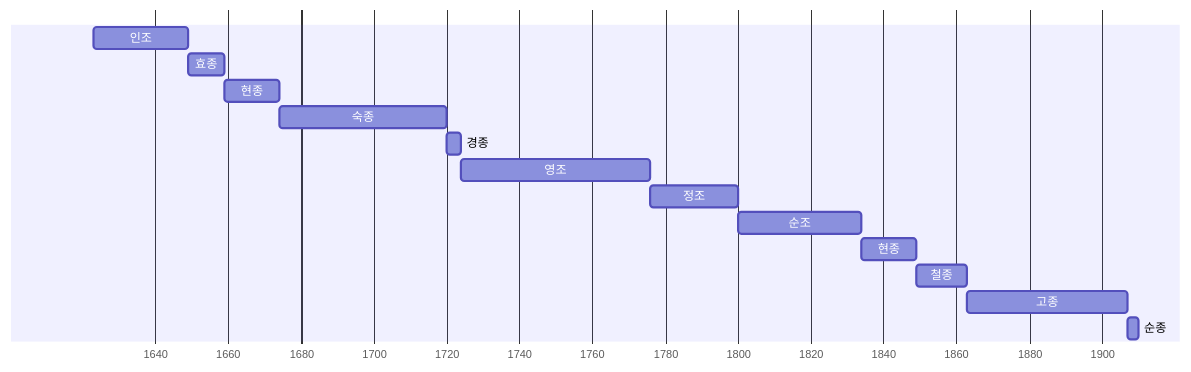
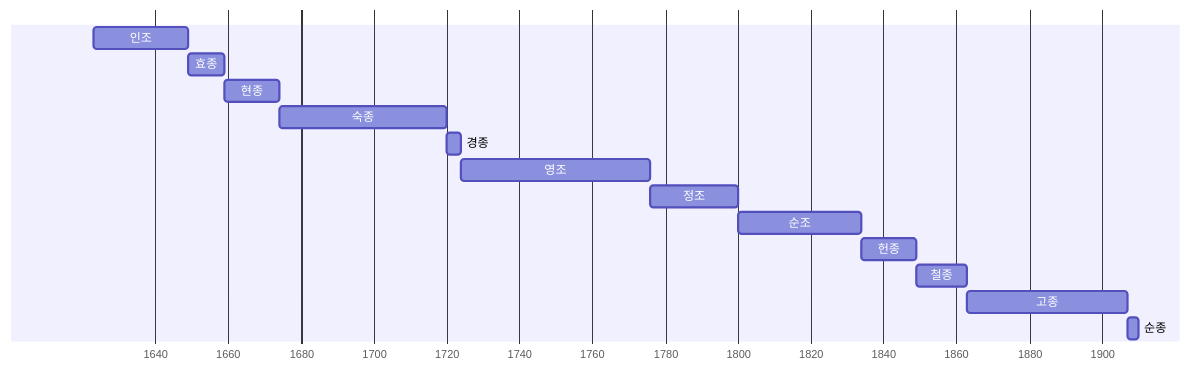
One commit to daewonyoon/historigram changed the second of 3 diagrams in 한국사/조선왕조_가계도_전체.md. Above: the diagram before and after it, drawn with Mermaid. The commit also changed other lines of this file and 2 other files, not shown here.

````diff
--- a/한국사/조선왕조_가계도_전체.md
+++ b/한국사/조선왕조_가계도_전체.md
@@ -26,22 +26,22 @@
 ```mermaid
 gantt
 
 dateFormat YYYY
 axisFormat %Y
 
 인조: 1623, 1649
 효종: 1649, 1659
 현종: 1659, 1674	
 숙종: 1674, 1720
 경종: 1720, 1724	
 영조: 1724, 1776
 정조: 1776, 1800	
 순조: 1800, 1834
-현종: 1834, 1849
+헌종: 1834, 1849
 철종: 1849, 1863
 고종: 1863, 1907
 순종: 1907, 1910
 
 
 
 ```
````
